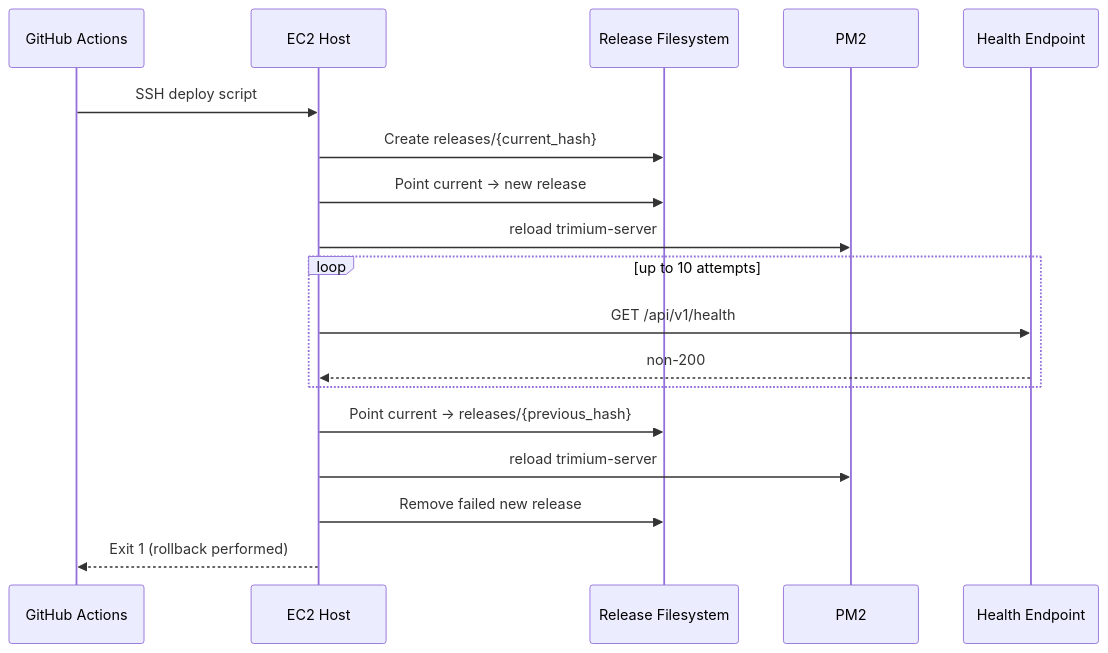
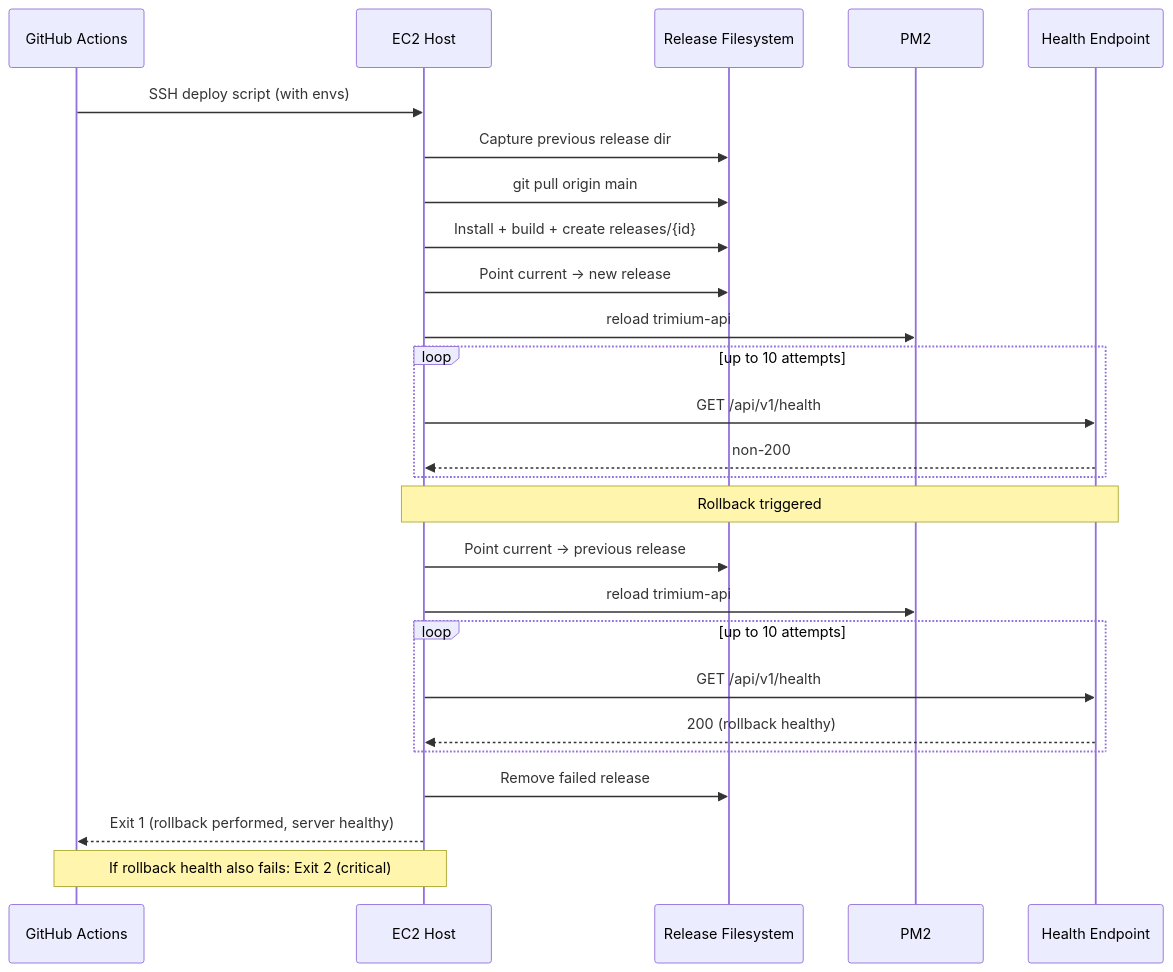
One commit to IamDevTrivedi/Trimium changed the fifth of 6 diagrams in docs/architecture/CI_CD_PIPELINE_ARCHITECTURE.md. Above: the diagram before and after it, drawn with Mermaid. The commit also changed other lines of this file and 5 other files, not shown here.

````diff
--- a/docs/architecture/CI_CD_PIPELINE_ARCHITECTURE.md
+++ b/docs/architecture/CI_CD_PIPELINE_ARCHITECTURE.md
@@ -381,23 +368,35 @@
 ```mermaid
 sequenceDiagram
-participant GH as GitHub Actions
-participant EC2 as EC2 Host
-participant FS as Release Filesystem
-participant PM2 as PM2
-participant API as Health Endpoint
+    participant GH as GitHub Actions
+    participant EC2 as EC2 Host
+    participant FS as Release Filesystem
+    participant PM2 as PM2
+    participant API as Health Endpoint
 
-GH->>EC2: SSH deploy script
-EC2->>FS: Create releases/{current_hash}
-EC2->>FS: Point current -> new release
-EC2->>PM2: reload trimium-server
+    GH->>EC2: SSH deploy script (with envs)
+    EC2->>FS: Capture previous release dir
+    EC2->>FS: git pull origin main
+    EC2->>FS: Install + build + create releases/{id}
+    EC2->>FS: Point current -> new release
+    EC2->>PM2: reload trimium-api
 
-loop up to 10 attempts
-EC2->>API: GET /api/v1/health
-API-->>EC2: non-200
-end
+    loop up to 10 attempts
+        EC2->>API: GET /api/v1/health
+        API-->>EC2: non-200
+    end
 
-EC2->>FS: Point current -> releases/{previous_hash}
-EC2->>PM2: reload trimium-server
-EC2->>FS: Remove failed new release
-EC2-->>GH: Exit 1 (rollback performed)
+    Note over EC2,API: Rollback triggered
+
+    EC2->>FS: Point current -> previous release
+    EC2->>PM2: reload trimium-api
+
+    loop up to 10 attempts
+        EC2->>API: GET /api/v1/health
+        API-->>EC2: 200 (rollback healthy)
+    end
+
+    EC2->>FS: Remove failed release
+    EC2-->>GH: Exit 1 (rollback performed, server healthy)
+
+    Note over EC2,GH: If rollback health also fails: Exit 2 (critical)
 ```
````
